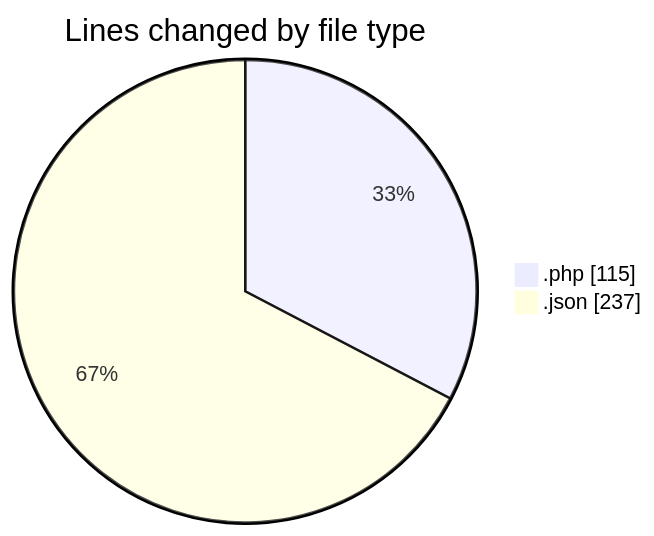
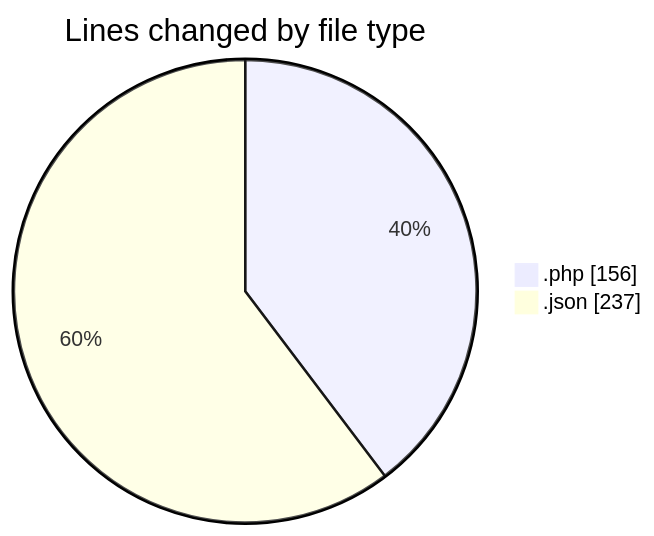
One commit to idhammustaqopulfikri/code-tracking changed the first of 2 diagrams in 2025-05-26/bookingpodcas/README.md. Above: the diagram before and after it, drawn with Mermaid. The commit also changed other lines of this file and 1 other file, not shown here.

````diff
--- a/2025-05-26/bookingpodcas/README.md
+++ b/2025-05-26/bookingpodcas/README.md
@@ -23,6 +24,6 @@
 ```mermaid
 pie showData
 title Lines changed by file type
-".php" : 115
+".php" : 156
 ".json" : 237
 ```
````
